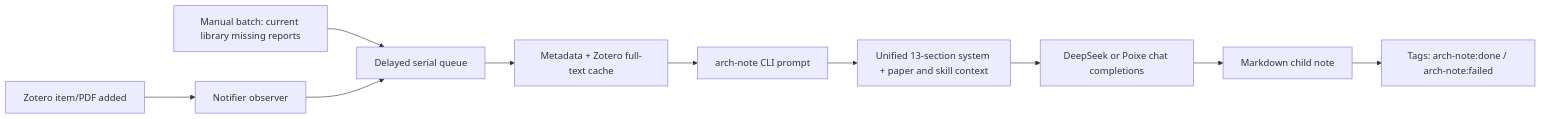
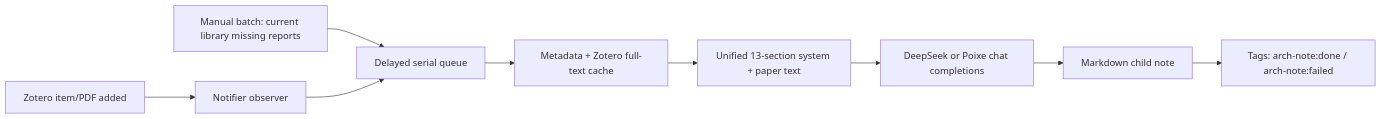
One commit to fanyc22/arch-note changed the diagram in docs/architecture.md. Above: the diagram before and after it, drawn with Mermaid. The commit also changed other lines of this file and 23 other files, not shown here.

````diff
--- a/docs/architecture.md
+++ b/docs/architecture.md
@@ -3,12 +3,11 @@
 ```mermaid
 flowchart LR
   A["Zotero item/PDF added"] --> B["Notifier observer"]
   Z["Manual batch: current library missing reports"] --> C
   B --> C["Delayed serial queue"]
   C --> D["Metadata + Zotero full-text cache"]
-  D --> E["arch-note CLI prompt"]
-  E --> P["Unified 13-section system + paper and skill context"]
+  D --> P["Unified 13-section system + paper text"]
   P --> F["DeepSeek or Poixe chat completions"]
   F --> G["Markdown child note"]
   G --> H["Tags: arch-note:done / arch-note:failed"]
 ```
````
